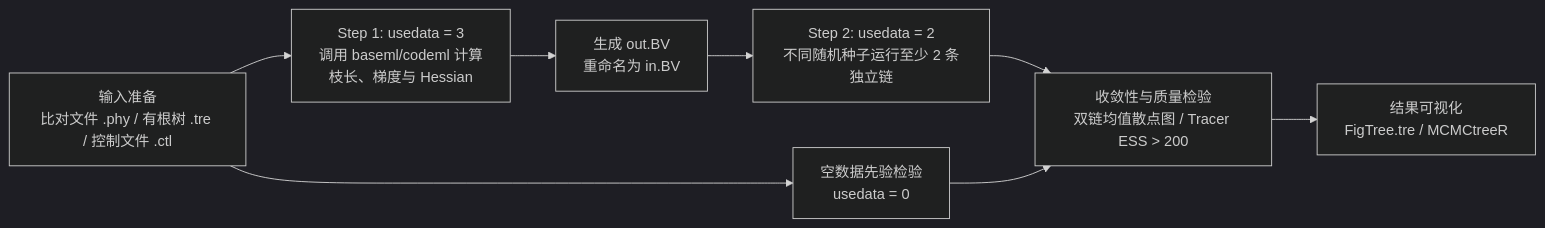
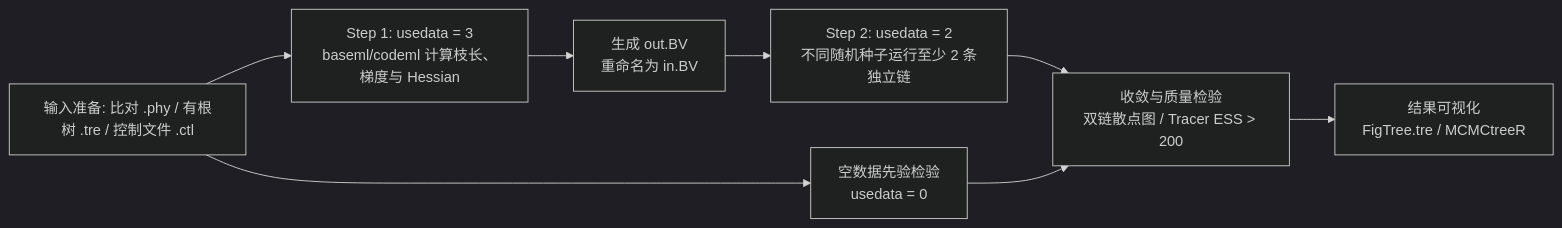
Before and after one commit to XiongTor/obsidain: the diagram in project/Rosaceae_fruit_type/02-tree_and_time/02-2-mcmctree简介.md, drawn with Mermaid (dark theme). The commit also changed other lines of this file and 2 other files, not shown here.

````diff
--- a/project/Rosaceae_fruit_type/02-tree_and_time/02-2-mcmctree简介.md
+++ b/project/Rosaceae_fruit_type/02-tree_and_time/02-2-mcmctree简介.md
@@ -36,10 +43,10 @@
 ```mermaid
 flowchart LR
-    A["输入准备<br>比对文件 .phy / 有根树 .tre / 控制文件 .ctl"] --> B["Step 1: usedata = 3<br>调用 baseml/codeml 计算<br>枝长、梯度与 Hessian"]
-    B --> C["生成 out.BV<br>重命名为 in.BV"]
-    C --> D["Step 2: usedata = 2<br>不同随机种子运行至少 2 条独立链"]
-    A --> E["空数据先验检验<br>usedata = 0"]
-    D --> F["收敛性与质量检验<br>双链均值散点图 / Tracer ESS > 200"]
+    A["输入准备: 比对 .phy / 有根树 .tre / 控制文件 .ctl"] --> B["Step 1: usedata = 3<br/>baseml/codeml 计算枝长、梯度与 Hessian"]
+    B --> C["生成 out.BV<br/>重命名为 in.BV"]
+    C --> D["Step 2: usedata = 2<br/>不同随机种子运行至少 2 条独立链"]
+    A --> E["空数据先验检验<br/>usedata = 0"]
+    D --> F["收敛与质量检验<br/>双链散点图 / Tracer ESS > 200"]
     E --> F
-    F --> G["结果可视化<br>FigTree.tre / MCMCtreeR"]
+    F --> G["结果可视化<br/>FigTree.tre / MCMCtreeR"]
 ```
````
